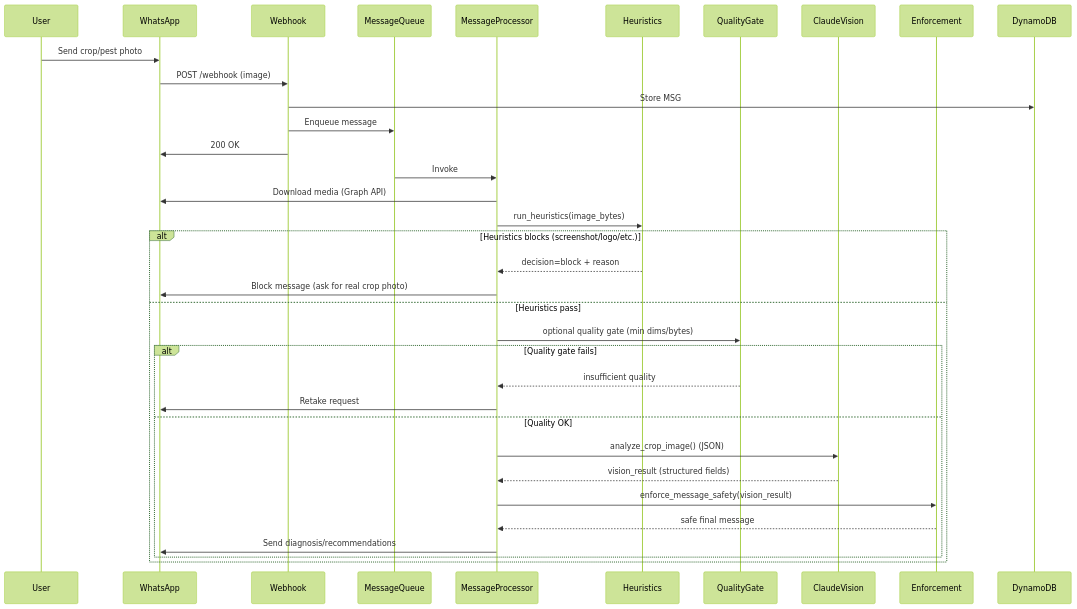
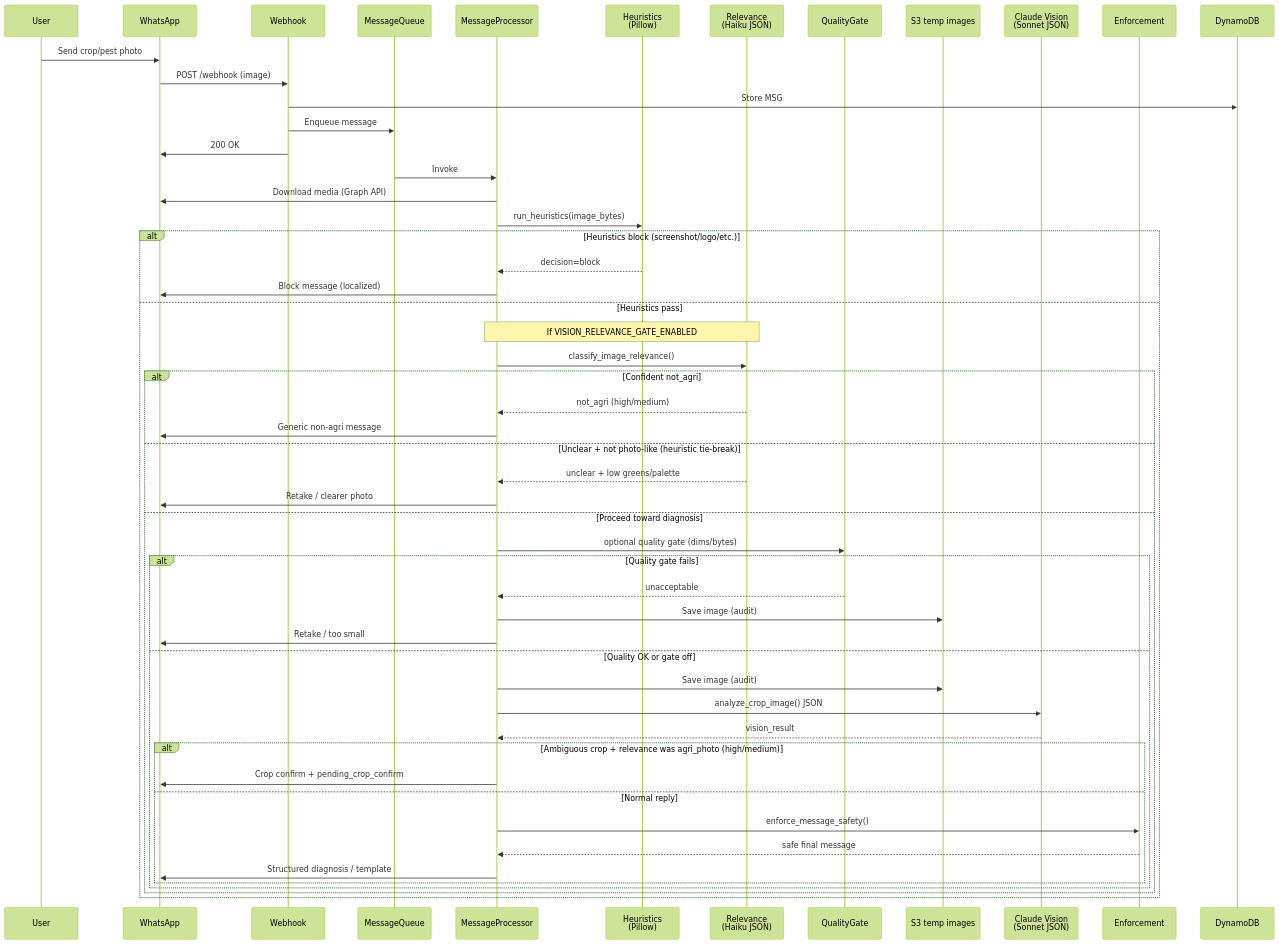
Before and after one commit to prasadt1/agrinexus-ai: the sixth of 8 diagrams in architecture/diagrams.md, drawn with Mermaid (forest theme). The commit also changed other lines of this file and 2 other files, not shown here.

Commit message:
docs: align vision diagram, changelog, and issues log with relevance gate
- architecture/diagrams.md: sequence shows Haiku relevance, S3, Sonnet,
  crop-confirm vs enforcement, toggles and ADR 0010 cross-link
- CHANGELOG.md: April 25 entry for relevance gate, CI/Pages, handler UX;
  cross-link from April 24-25 vision section
- docs/ISSUES-LOG.md: replace stale AGRI_PHOTO enum wording with shipped
  Bedrock relevance, heuristics tie-break, and S3 behavior

Made-with: Cursor

````diff
--- a/architecture/diagrams.md
+++ b/architecture/diagrams.md
@@ -202,39 +202,57 @@
 ```mermaid
 sequenceDiagram
     participant U as User
     participant WA as WhatsApp
     participant WH as Webhook
     participant SQS as MessageQueue
     participant Proc as MessageProcessor
-    participant Heur as Heuristics
+    participant Heur as Heuristics<br/>(Pillow)
+    participant Rel as Relevance<br/>(Haiku JSON)
     participant QG as QualityGate
-    participant V as ClaudeVision
+    participant S3 as S3 temp images
+    participant V as Claude Vision<br/>(Sonnet JSON)
     participant Enf as Enforcement
     participant DDB as DynamoDB
 
     U->>WA: Send crop/pest photo
     WA->>WH: POST /webhook (image)
-    WH->>DDB: Store MSG#* (for detector + audit)
+    WH->>DDB: Store MSG#* (detector + audit)
     WH->>SQS: Enqueue message
     WH->>WA: 200 OK
 
     SQS->>Proc: Invoke
     Proc->>WA: Download media (Graph API)
     Proc->>Heur: run_heuristics(image_bytes)
-    alt Heuristics blocks (screenshot/logo/etc.)
-        Heur-->>Proc: decision=block + reason
-        Proc->>WA: Block message (ask for real crop photo)
+    alt Heuristics block (screenshot/logo/etc.)
+        Heur-->>Proc: decision=block
+        Proc->>WA: Block message (localized)
     else Heuristics pass
-        Proc->>QG: optional quality gate (min dims/bytes)
-        alt Quality gate fails
-            QG-->>Proc: insufficient quality
-            Proc->>WA: Retake request
-        else Quality OK
-            Proc->>V: analyze_crop_image() (JSON)
-            V-->>Proc: vision_result (structured fields)
-            Proc->>Enf: enforce_message_safety(vision_result)
-            Enf-->>Proc: safe final message
-            Proc->>WA: Send diagnosis/recommendations
+        Note over Proc,Rel: If VISION_RELEVANCE_GATE_ENABLED
+        Proc->>Rel: classify_image_relevance()
+        alt Confident not_agri
+            Rel-->>Proc: not_agri (high/medium)
+            Proc->>WA: Generic non-agri message
+        else Unclear + not photo-like (heuristic tie-break)
+            Rel-->>Proc: unclear + low greens/palette
+            Proc->>WA: Retake / clearer photo
+        else Proceed toward diagnosis
+            Proc->>QG: optional quality gate (dims/bytes)
+            alt Quality gate fails
+                QG-->>Proc: unacceptable
+                Proc->>S3: Save image (audit)
+                Proc->>WA: Retake / too small
+            else Quality OK or gate off
+                Proc->>S3: Save image (audit)
+                Proc->>V: analyze_crop_image() JSON
+                V-->>Proc: vision_result
+                alt Ambiguous crop + relevance was agri_photo (high/medium)
+                    Proc->>WA: Crop confirm + pending_crop_confirm
+                else Normal reply
+                    Proc->>Enf: enforce_message_safety()
+                    Enf-->>Proc: safe final message
+                    Proc->>WA: Structured diagnosis / template
+                end
+            end
         end
     end
 ```
````
